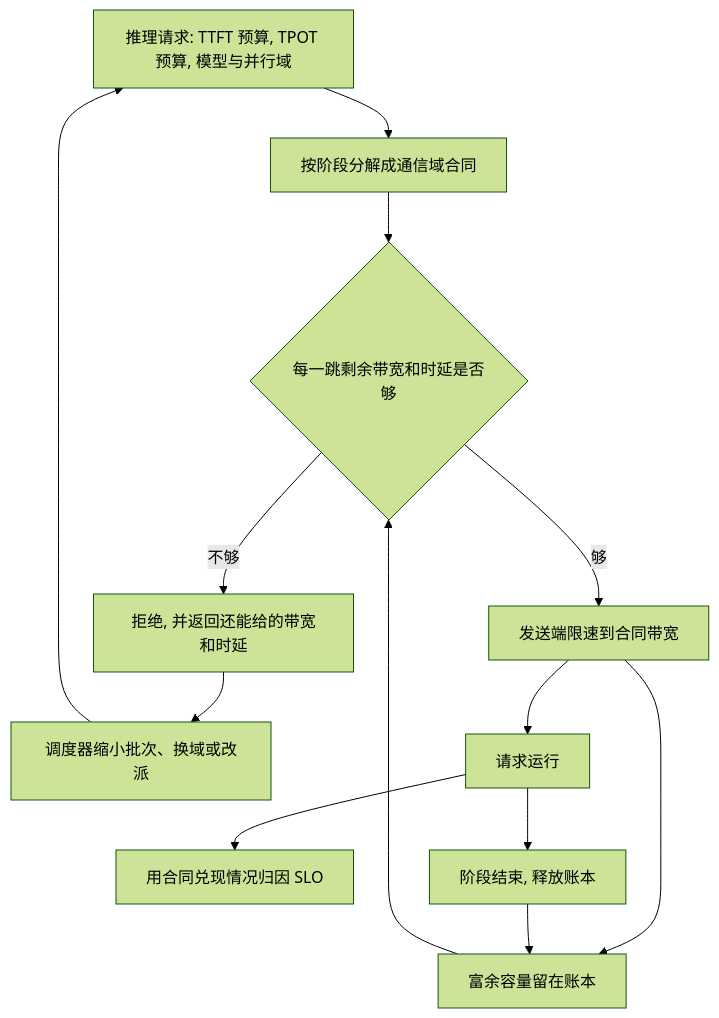
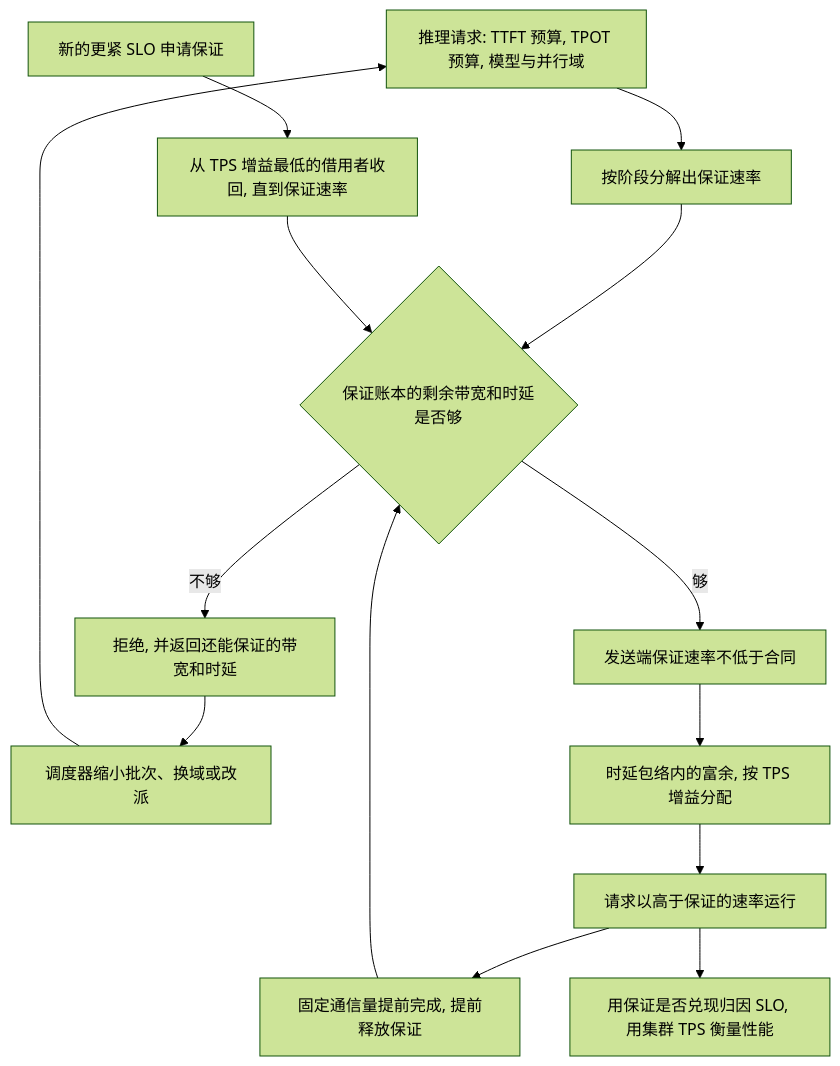
One commit to 69515164-rgb/UCL-MPComm changed the diagram in docs/slo-deterministic-network.md. Above: the diagram before and after it, drawn with Mermaid (forest theme). The commit also changed other lines of this file, not shown here.

First line of the commit message:
docs: 保证速率与运行速率分离，避免 SLO 达标但 TPS 下降

````diff
--- a/docs/slo-deterministic-network.md
+++ b/docs/slo-deterministic-network.md
@@ -37,15 +37,16 @@
 ```mermaid
 flowchart TD
-  req["推理请求: TTFT 预算, TPOT 预算, 模型与并行域"] --> split["按阶段分解成通信域合同"]
-  split --> ask{"每一跳剩余带宽和时延是否够"}
-  ask -->|不够| rej["拒绝, 并返回还能给的带宽和时延"]
+  req["推理请求: TTFT 预算, TPOT 预算, 模型与并行域"] --> split["按阶段分解出保证速率"]
+  split --> ask{"保证账本的剩余带宽和时延是否够"}
+  ask -->|不够| rej["拒绝, 并返回还能保证的带宽和时延"]
   rej --> reshape["调度器缩小批次、换域或改派"]
   reshape --> req
-  ask -->|够| cap["发送端限速到合同带宽"]
-  cap --> ledger["富余容量留在账本"]
-  ledger --> ask
-  cap --> run["请求运行"]
-  run --> attr["用合同兑现情况归因 SLO"]
-  run --> free["阶段结束, 释放账本"]
-  free --> ledger
+  ask -->|够| floor["发送端保证速率不低于合同"]
+  floor --> boost["时延包络内的富余, 按 TPS 增益分配"]
+  boost --> run["请求以高于保证的速率运行"]
+  run --> early["固定通信量提前完成, 提前释放保证"]
+  early --> ask
+  newreq["新的更紧 SLO 申请保证"] --> reclaim["从 TPS 增益最低的借用者收回, 直到保证速率"]
+  reclaim --> ask
+  run --> attr["用保证是否兑现归因 SLO, 用集群 TPS 衡量性能"]
 ```
````
